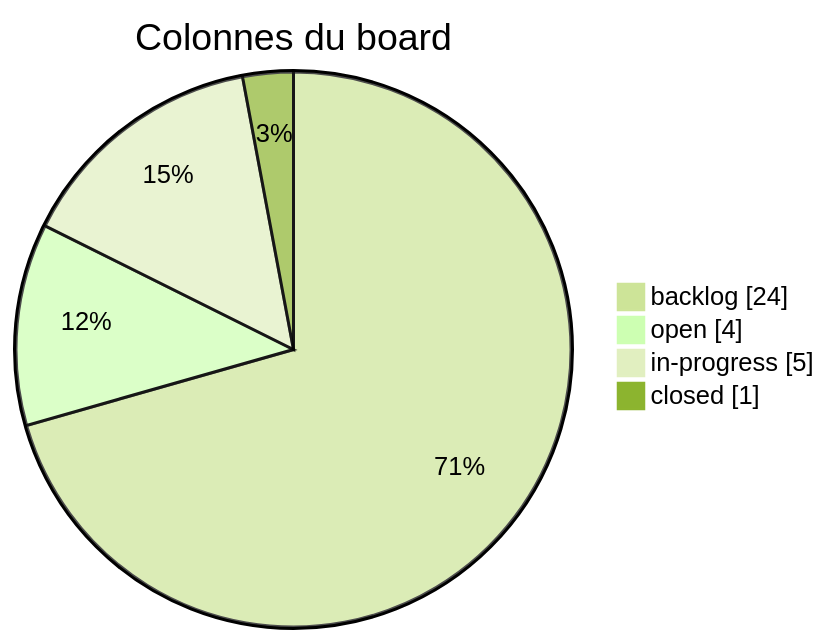
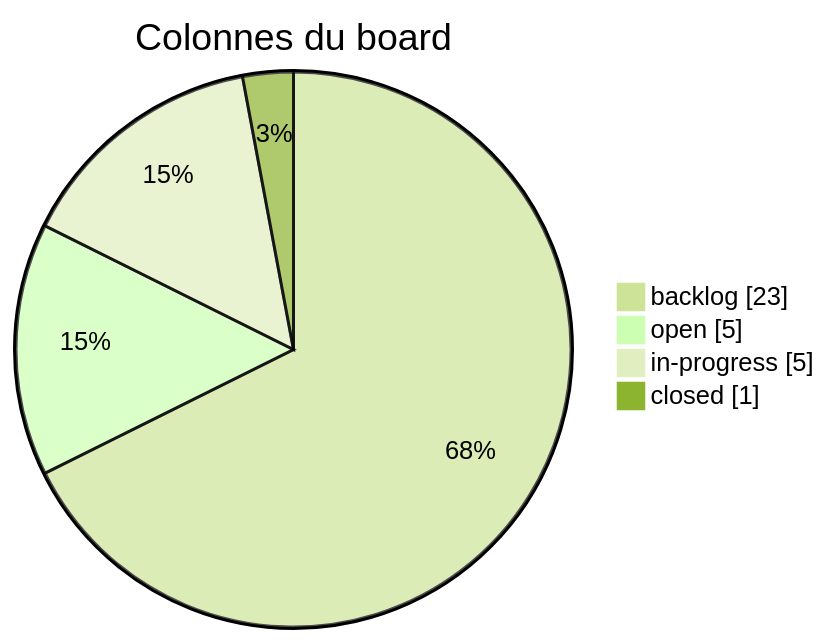
The third of 7 diagrams in modules/M41_projet-board-J01.md (Gooseppr/GevOps_LC), drawn with Mermaid (forest theme) before and after one commit. The commit also changed other lines of this file, not shown here.

````diff
--- a/modules/M41_projet-board-J01.md
+++ b/modules/M41_projet-board-J01.md
@@ -47,8 +47,8 @@
 ```mermaid
 pie showData
     title Colonnes du board
-    "backlog" : 24
-    "open" : 4
+    "backlog" : 23
+    "open" : 5
     "in-progress" : 5
     "closed" : 1
 ```
````
